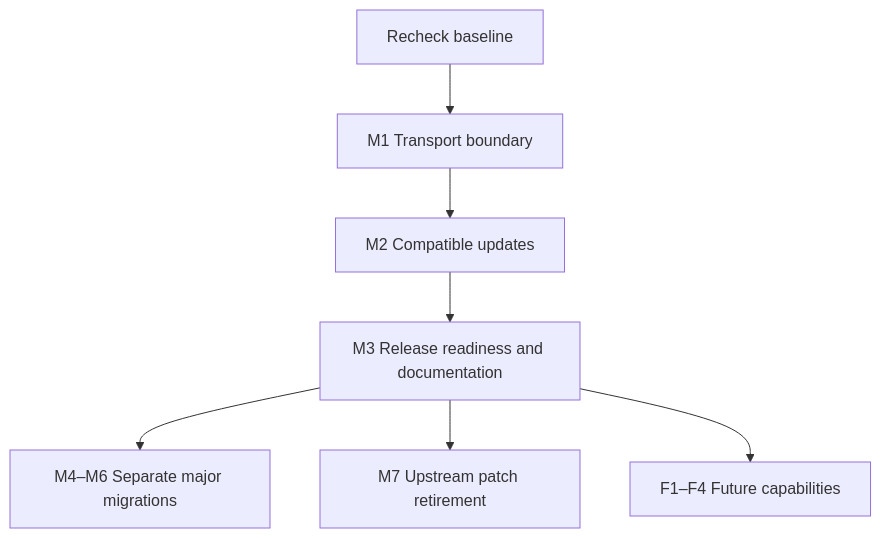
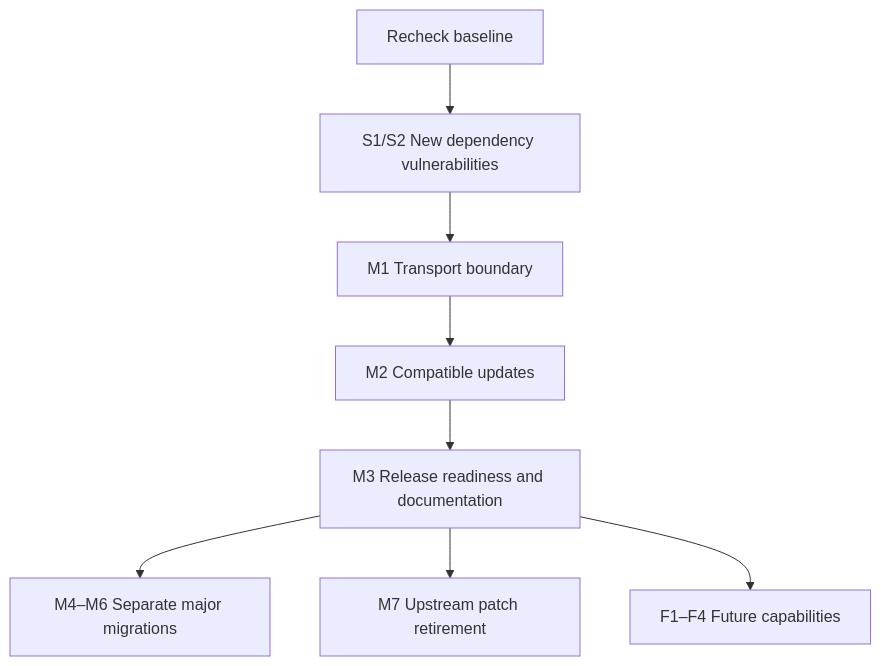
Before and after one commit to hdkz-dev/multi-game-engines: the diagram in docs/en/implementation_plans/20261006-maintenance-and-roadmap.md, drawn with Mermaid. The commit also changed other lines of this file and 17 other files, not shown here.

````diff
--- a/docs/en/implementation_plans/20261006-maintenance-and-roadmap.md
+++ b/docs/en/implementation_plans/20261006-maintenance-and-roadmap.md
@@ -27,9 +31,10 @@
 ```mermaid
 flowchart TD
-    A[Recheck baseline] --> B[M1 Transport boundary]
+    A[Recheck baseline] --> S[S1/S2 New dependency vulnerabilities]
+    S --> B[M1 Transport boundary]
     B --> C[M2 Compatible updates]
     C --> D[M3 Release readiness and documentation]
     D --> E[M4–M6 Separate major migrations]
     D --> F[M7 Upstream patch retirement]
     D --> G[F1–F4 Future capabilities]
 ```
````
